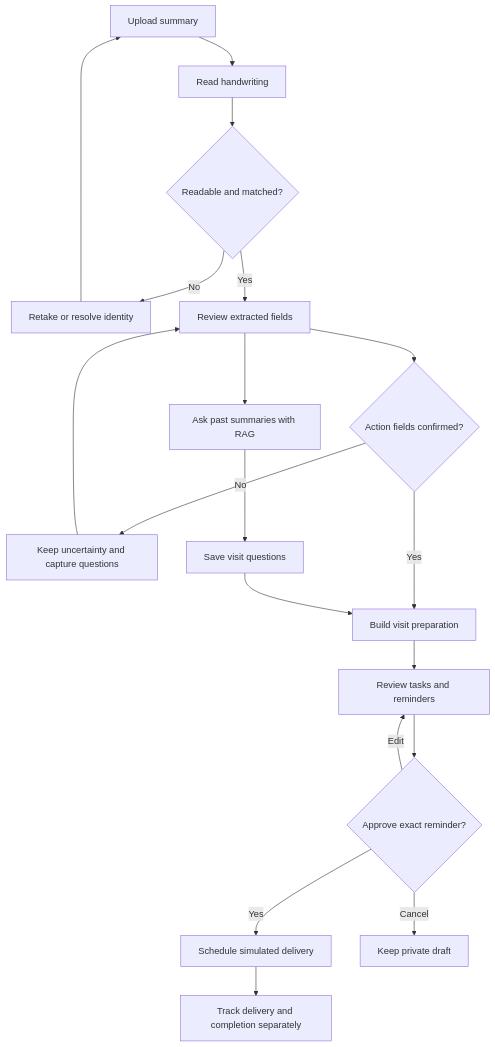
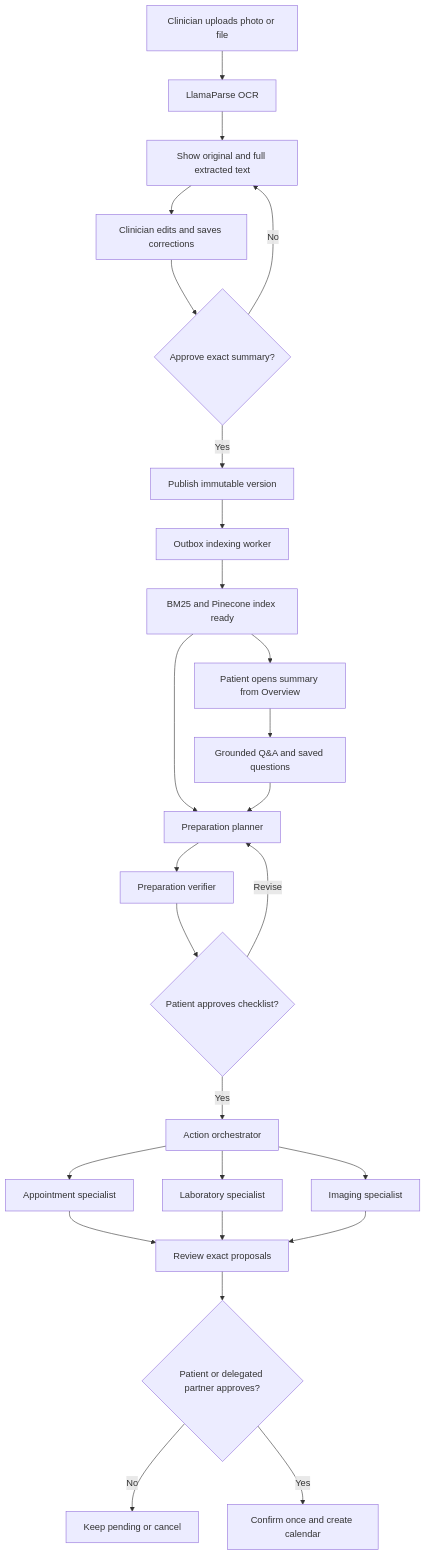
Before and after one commit to apushkar-repo/gbmcarepartner: the first of 6 diagrams in GBM_AI_Care_Companion_Architecture_Diagrams.md, drawn with Mermaid. The commit also changed other lines of this file and 69 other files, not shown here.

````diff
--- a/GBM_AI_Care_Companion_Architecture_Diagrams.md
+++ b/GBM_AI_Care_Companion_Architecture_Diagrams.md
@@ -9,21 +9,28 @@
 ```mermaid
 flowchart TD
-  A[Upload summary] --> B[Read handwriting]
-  B --> C{Readable and matched?}
-  C -->|No| D[Retake or resolve identity]
-  D --> A
-  C -->|Yes| E[Review extracted fields]
-  E --> F{Action fields confirmed?}
-  F -->|No| G[Keep uncertainty and capture questions]
-  G --> E
-  F -->|Yes| H[Build visit preparation]
-  I[Ask past summaries with RAG] --> J[Save visit questions]
-  J --> H
-  E --> I
-  H --> K[Review tasks and reminders]
-  K --> L{Approve exact reminder?}
-  L -->|Edit| K
-  L -->|Yes| M[Schedule simulated delivery]
-  L -->|Cancel| N[Keep private draft]
-  M --> O[Track delivery and completion separately]
+  A[Clinician uploads photo or file] --> B[LlamaParse OCR]
+  B --> C[Show original and full extracted text]
+  C --> D[Clinician edits and saves corrections]
+  D --> E{Approve exact summary?}
+  E -->|No| C
+  E -->|Yes| F[Publish immutable version]
+  F --> G[Outbox indexing worker]
+  G --> H[BM25 and Pinecone index ready]
+  H --> I[Patient opens summary from Overview]
+  I --> J[Grounded Q&A and saved questions]
+  H --> K[Preparation planner]
+  J --> K
+  K --> L[Preparation verifier]
+  L --> M{Patient approves checklist?}
+  M -->|Revise| K
+  M -->|Yes| N[Action orchestrator]
+  N --> O[Appointment specialist]
+  N --> P[Laboratory specialist]
+  N --> Q[Imaging specialist]
+  O --> R[Review exact proposals]
+  P --> R
+  Q --> R
+  R --> S{Patient or delegated partner approves?}
+  S -->|No| T[Keep pending or cancel]
+  S -->|Yes| U[Confirm once and create calendar]
 ```
````
